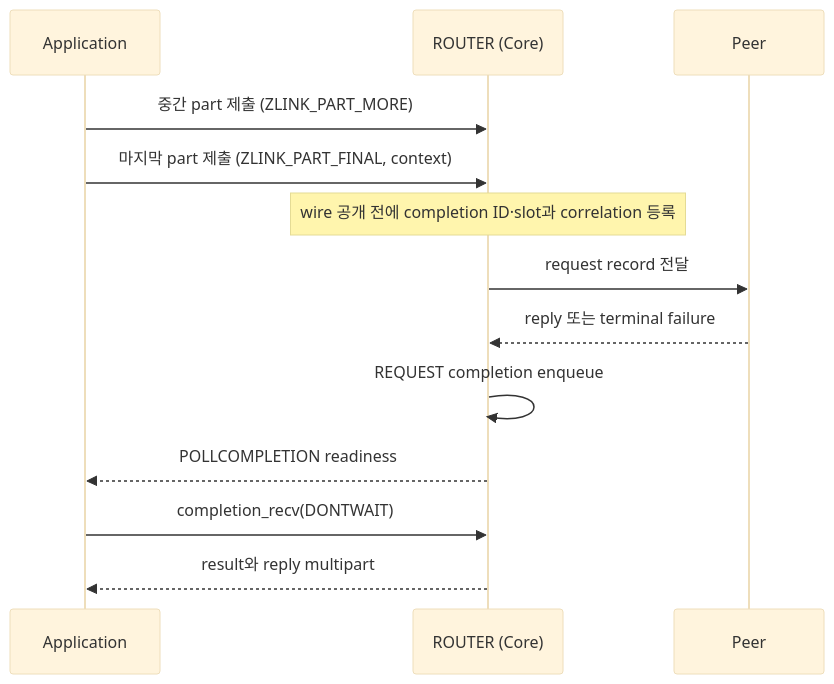
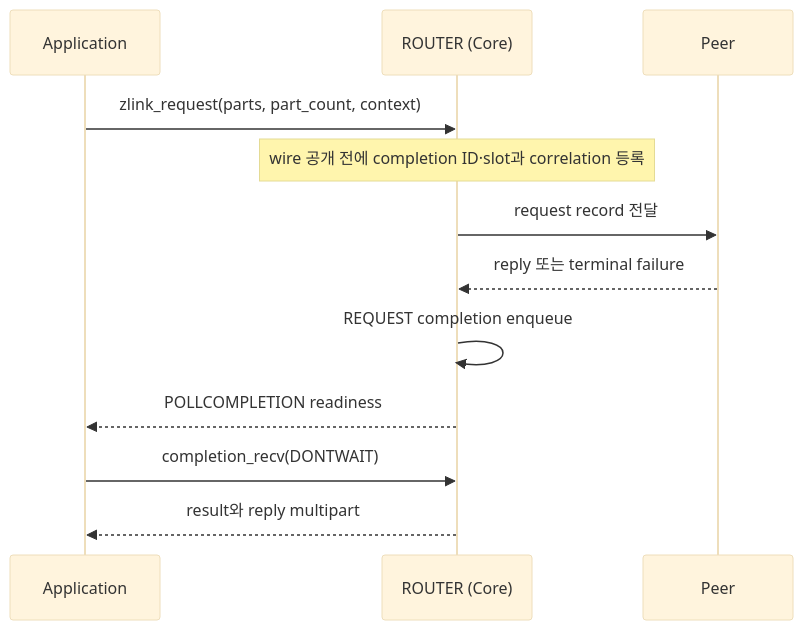
The diagram in core/doc/spec/core/socket/07-router.ko.md (zlink-systems/zlink), drawn with Mermaid (base theme) before and after one commit. The commit also changed other lines of this file and 34 other files, not shown here.

````diff
--- a/core/doc/spec/core/socket/07-router.ko.md
+++ b/core/doc/spec/core/socket/07-router.ko.md
@@ -241,15 +213,14 @@
 ```mermaid
 sequenceDiagram
     participant App as Application
     participant R as ROUTER (Core)
     participant P as Peer
-    App->>R: 중간 part 제출 (ZLINK_PART_MORE)
-    App->>R: 마지막 part 제출 (ZLINK_PART_FINAL, context)
+    App->>R: zlink_request(parts, part_count, context)
     Note over R: wire 공개 전에 completion ID·slot과 correlation 등록
     R->>P: request record 전달
     P-->>R: reply 또는 terminal failure
     R->>R: REQUEST completion enqueue
     R-->>App: POLLCOMPLETION readiness
     App->>R: completion_recv(DONTWAIT)
     R-->>App: result와 reply multipart
 ```
````
